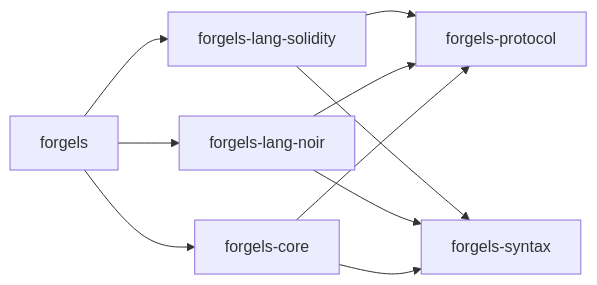
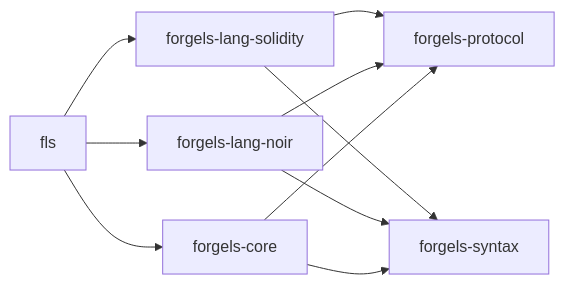
The first of 2 diagrams in docs/architecture.md (forge-lsp/ForgeLS), drawn with Mermaid before and after one commit. The commit also changed other lines of this file and 12 other files, not shown here.

Commit message:
feat(fls): remove legacy forgels binary, fls is sole entrypoint

````diff
--- a/docs/architecture.md
+++ b/docs/architecture.md
@@ -18,12 +18,12 @@
 ```mermaid
 flowchart LR
-  BIN[forgels] --> CORE[forgels-core]
+  BIN[fls] --> CORE[forgels-core]
   BIN --> SOL[forgels-lang-solidity]
   BIN --> NOIR[forgels-lang-noir]
   SOL --> SYN[forgels-syntax]
   NOIR --> SYN
   SOL --> PROTO[forgels-protocol]
   NOIR --> PROTO
   CORE --> PROTO
   CORE --> SYN
 ```
````
